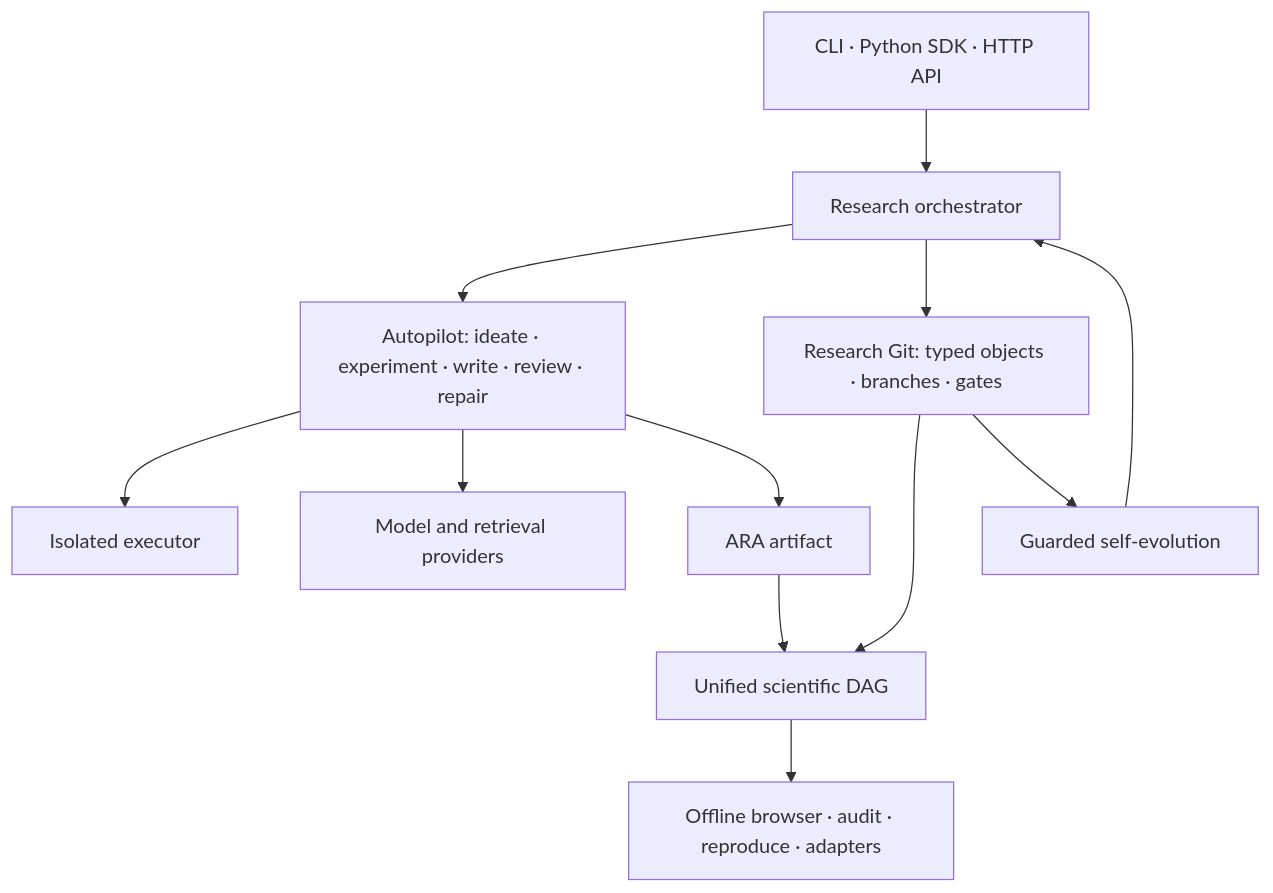
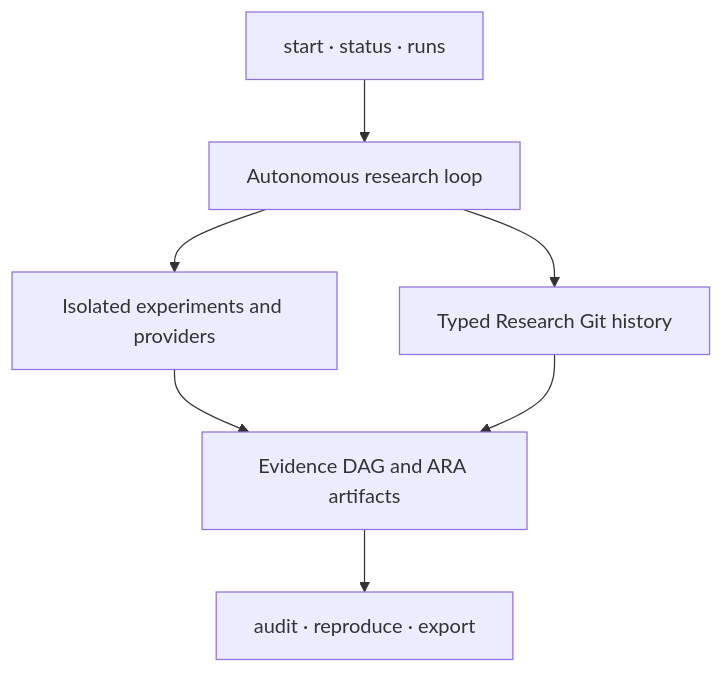
One commit to smileformylove/XScientist changed the diagram in README.md. Above: the diagram before and after it, drawn with Mermaid. The commit also changed other lines of this file and 20 other files, not shown here.

````diff
--- a/README.md
+++ b/README.md
@@ -575,14 +233,9 @@
 ```mermaid
 flowchart TB
-  U["CLI · Python SDK · HTTP API"] --> O["Research orchestrator"]
-  O --> A["Autopilot: ideate · experiment · write · review · repair"]
-  O --> RG["Research Git: typed objects · branches · gates"]
-  A --> EX["Isolated executor"]
-  A --> M["Model and retrieval providers"]
-  A --> ARA["ARA artifact"]
-  RG --> DAG["Unified scientific DAG"]
-  ARA --> DAG
-  DAG --> V["Offline browser · audit · reproduce · adapters"]
-  RG --> EV["Guarded self-evolution"]
-  EV --> O
+  U["start · status · runs"] --> O["Autonomous research loop"]
+  O --> E["Isolated experiments and providers"]
+  O --> R["Typed Research Git history"]
+  E --> D["Evidence DAG and ARA artifacts"]
+  R --> D
+  D --> A["audit · reproduce · export"]
 ```
````
